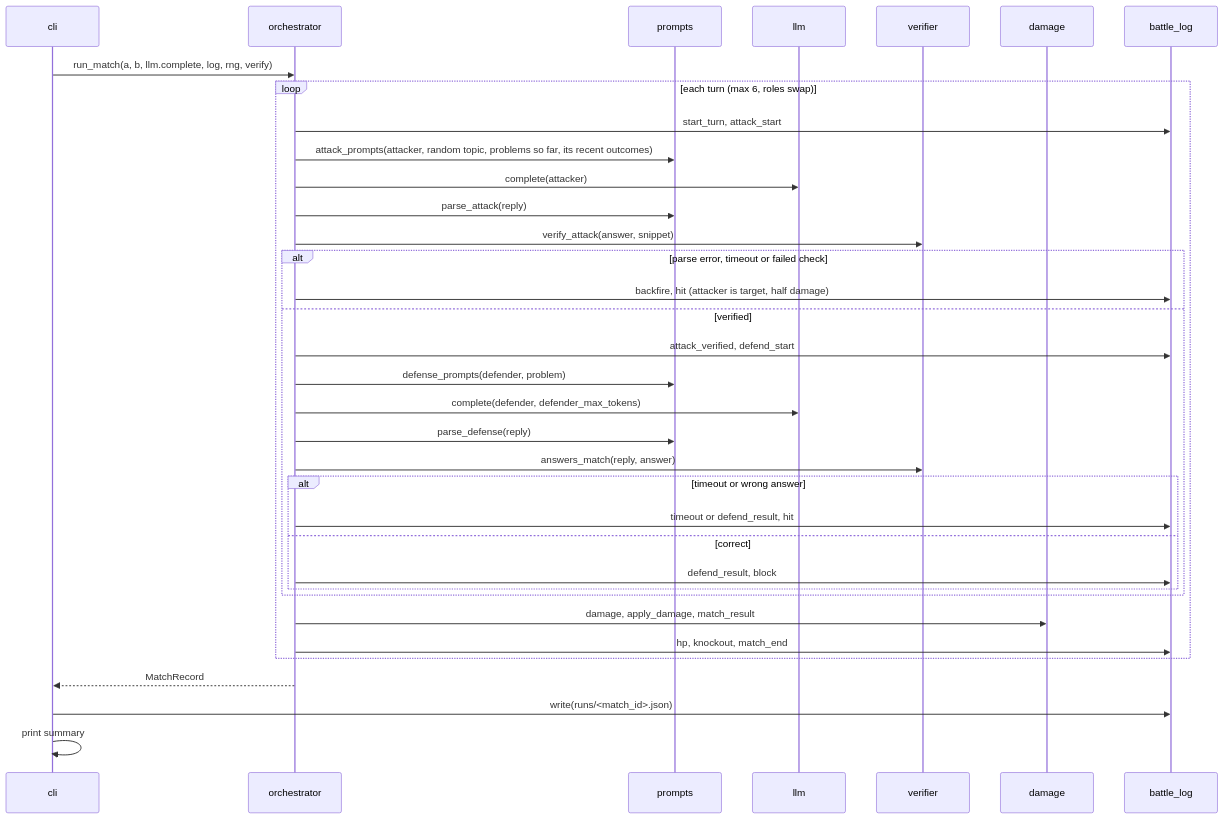
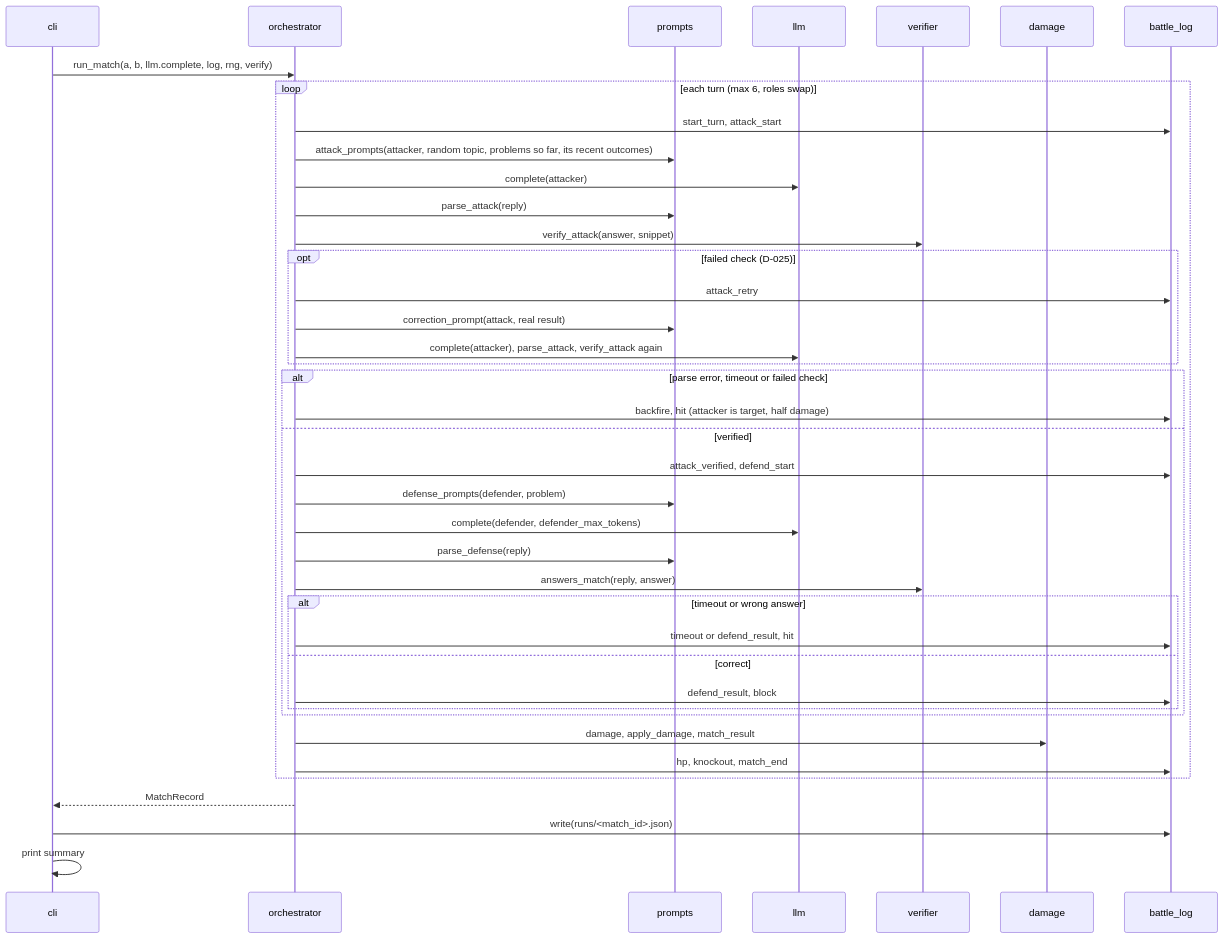
Before and after one commit to aum2606/agent-arena: the diagram in docs/FLOW.md, drawn with Mermaid. The commit also changed 7 other files, not shown here.

Commit message:
feat(orchestrator): retry a failed self-check once with the real result

````diff
--- a/docs/FLOW.md
+++ b/docs/FLOW.md
@@ -3,38 +3,43 @@
 ```mermaid
 sequenceDiagram
     participant C as cli
     participant O as orchestrator
     participant P as prompts
     participant L as llm
     participant V as verifier
     participant D as damage
     participant G as battle_log
 
     C->>O: run_match(a, b, llm.complete, log, rng, verify)
     loop each turn (max 6, roles swap)
         O->>G: start_turn, attack_start
         O->>P: attack_prompts(attacker, random topic, problems so far, its recent outcomes)
         O->>L: complete(attacker)
         O->>P: parse_attack(reply)
         O->>V: verify_attack(answer, snippet)
+        opt failed check (D-025)
+            O->>G: attack_retry
+            O->>P: correction_prompt(attack, real result)
+            O->>L: complete(attacker), parse_attack, verify_attack again
+        end
         alt parse error, timeout or failed check
             O->>G: backfire, hit (attacker is target, half damage)
         else verified
             O->>G: attack_verified, defend_start
             O->>P: defense_prompts(defender, problem)
             O->>L: complete(defender, defender_max_tokens)
             O->>P: parse_defense(reply)
             O->>V: answers_match(reply, answer)
             alt timeout or wrong answer
                 O->>G: timeout or defend_result, hit
             else correct
                 O->>G: defend_result, block
             end
         end
         O->>D: damage, apply_damage, match_result
         O->>G: hp, knockout, match_end
     end
     O-->>C: MatchRecord
     C->>G: write(runs/<match_id>.json)
     C->>C: print summary
 ```
````
